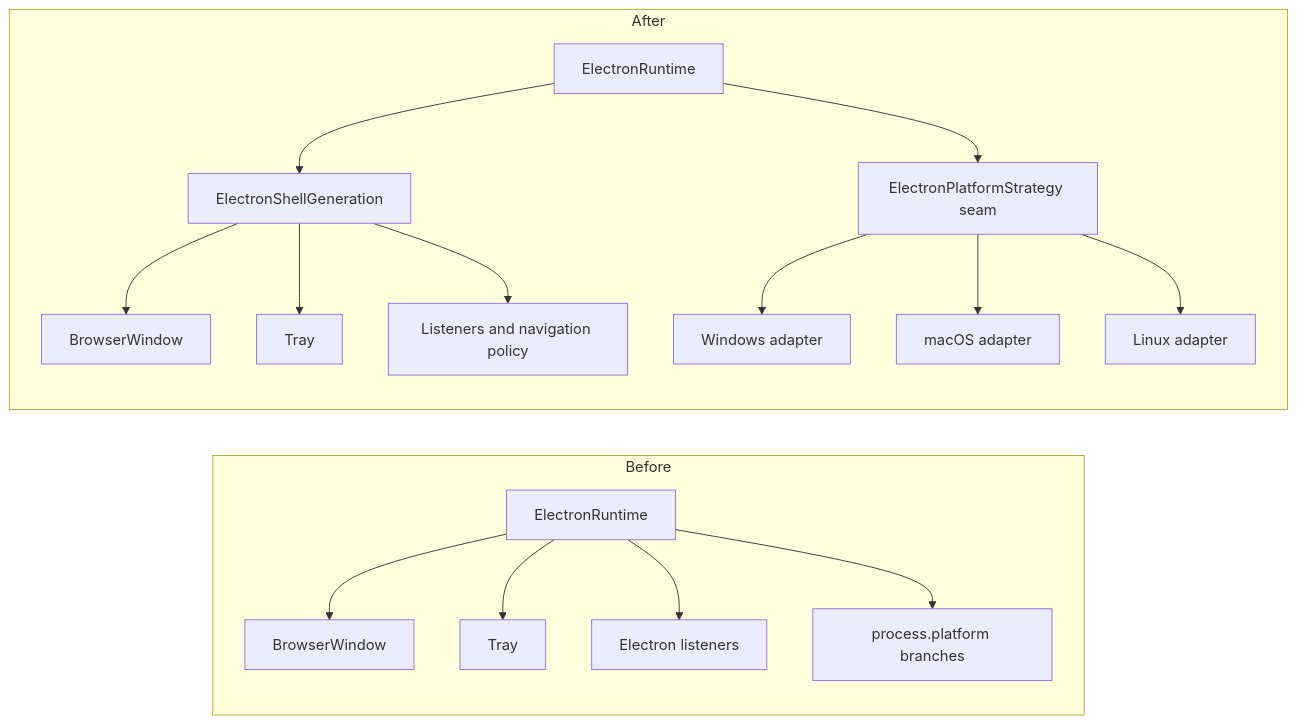
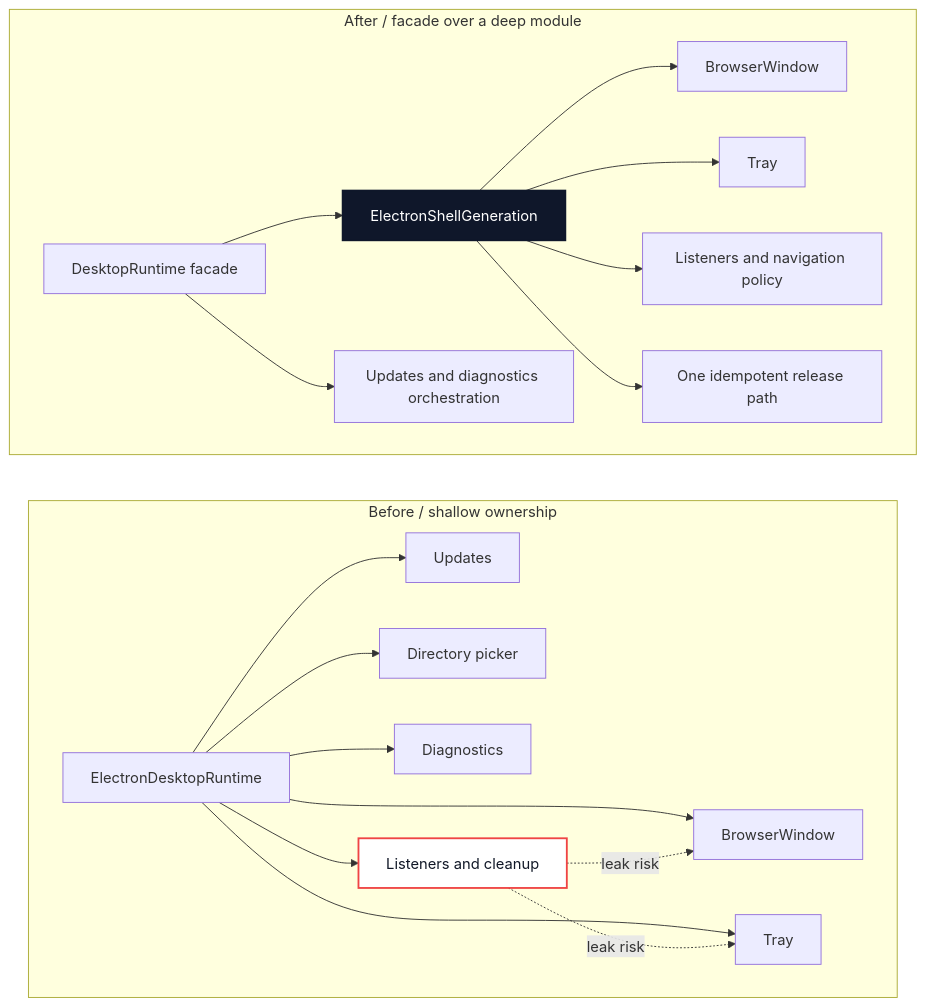
Before and after one commit to 976905690/deepseek-harness-desktop: the first of 3 diagrams in .agents/notes/implemented/architecture/2026-08-19-native-shell-generation-and-platform-adapters.md, drawn with Mermaid. The commit also changed other lines of this file and 2 other files, not shown here.

Commit message:
docs(architecture): refine native shell seam diagrams

````diff
--- a/.agents/notes/implemented/architecture/2026-08-19-native-shell-generation-and-platform-adapters.md
+++ b/.agents/notes/implemented/architecture/2026-08-19-native-shell-generation-and-platform-adapters.md
@@ -26,24 +26,45 @@
 ```mermaid
 flowchart LR
-  subgraph Before[Before]
-    RuntimeBefore[ElectronRuntime]
-    RuntimeBefore --> WindowBefore[BrowserWindow]
-    RuntimeBefore --> TrayBefore[Tray]
-    RuntimeBefore --> ListenersBefore[Electron listeners]
-    RuntimeBefore --> PlatformBranches[process.platform branches]
+  subgraph BeforeShell["Before / shallow ownership"]
+    direction LR
+    RuntimeBefore[ElectronDesktopRuntime]
+    UpdatesBefore[Updates]
+    PickerBefore[Directory picker]
+    DiagnosticsBefore[Diagnostics]
+    ListenersBefore[Listeners and cleanup]
+    WindowBefore[BrowserWindow]
+    TrayBefore[Tray]
+
+    RuntimeBefore --> UpdatesBefore
+    RuntimeBefore --> PickerBefore
+    RuntimeBefore --> DiagnosticsBefore
+    RuntimeBefore --> ListenersBefore
+    RuntimeBefore --> WindowBefore
+    RuntimeBefore --> TrayBefore
+    ListenersBefore -. leak risk .-> WindowBefore
+    ListenersBefore -. leak risk .-> TrayBefore
   end
 
-  subgraph After[After]
-    RuntimeAfter[ElectronRuntime]
+  subgraph AfterShell["After / facade over a deep module"]
+    direction LR
+    RuntimeAfter[DesktopRuntime facade]
     Generation[ElectronShellGeneration]
-    Strategy[ElectronPlatformStrategy seam]
+    OrchestrationAfter[Updates and diagnostics orchestration]
+    WindowAfter[BrowserWindow]
+    TrayAfter[Tray]
+    ListenersAfter[Listeners and navigation policy]
+    DisposerAfter[One idempotent release path]
+
     RuntimeAfter --> Generation
-    RuntimeAfter --> Strategy
-    Generation --> WindowAfter[BrowserWindow]
-    Generation --> TrayAfter[Tray]
-    Generation --> ListenersAfter[Listeners and navigation policy]
-    Strategy --> Windows[Windows adapter]
-    Strategy --> macOS[macOS adapter]
-    Strategy --> Linux[Linux adapter]
+    RuntimeAfter --> OrchestrationAfter
+    Generation --> WindowAfter
+    Generation --> TrayAfter
+    Generation --> ListenersAfter
+    Generation --> DisposerAfter
   end
+
+  classDef focus fill:#0f172a,color:#ffffff,stroke:#0f172a,stroke-width:2px;
+  classDef risk fill:#ffffff,color:#111827,stroke:#ef4444,stroke-width:2px;
+  class Generation focus;
+  class ListenersBefore risk;
 ```
````
